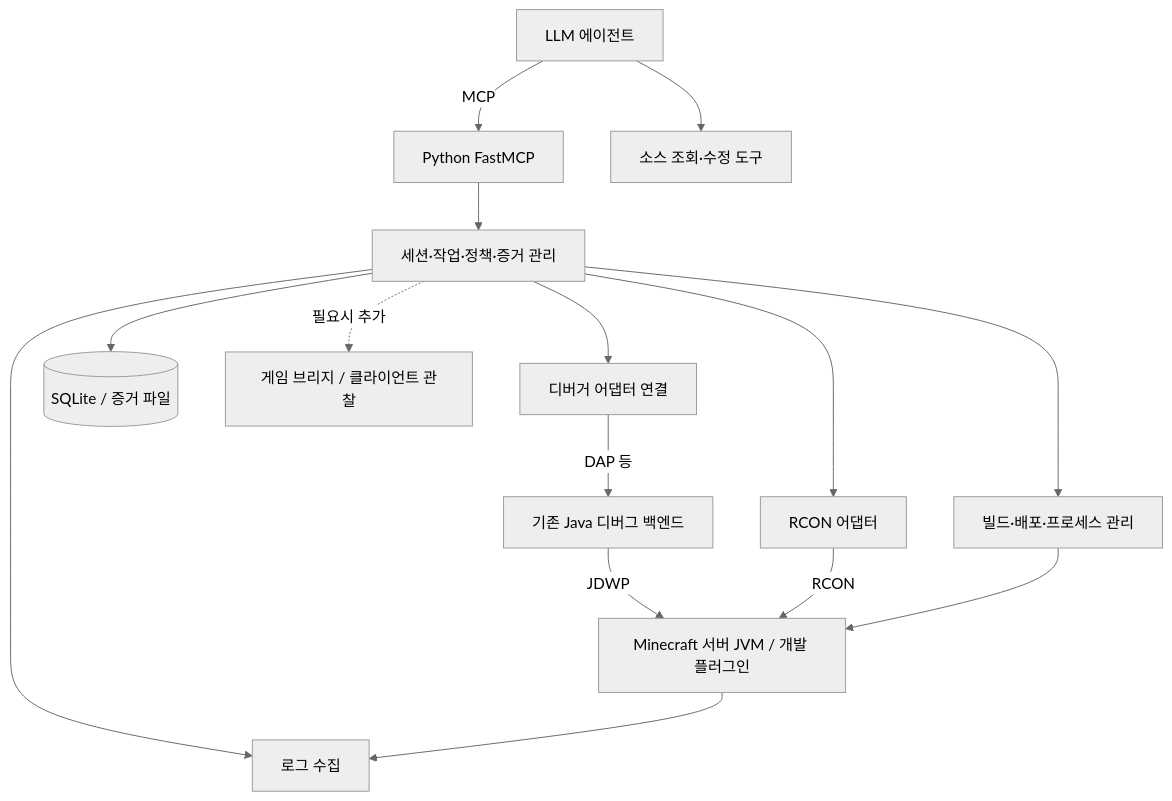
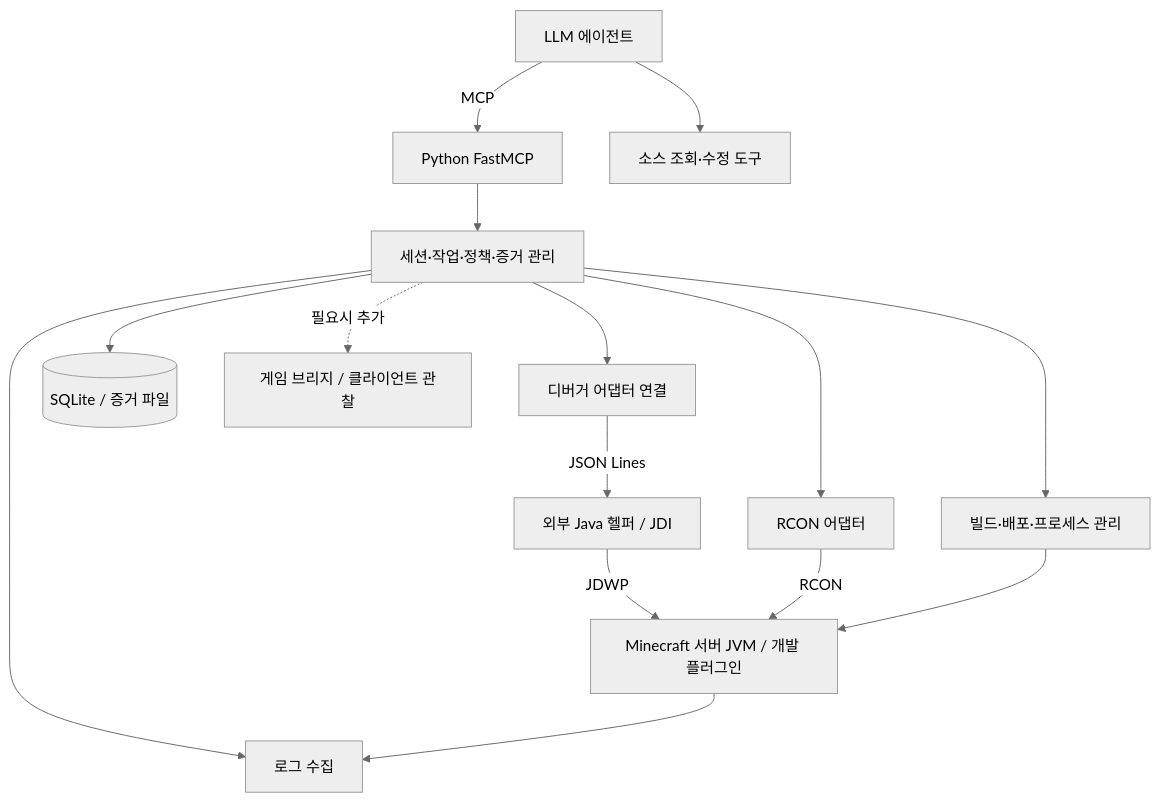
Before and after one commit to turing081226/craftmcp: the diagram in docs/project-plan.md, drawn with Mermaid (neutral theme). The commit also changed other lines of this file and 4 other files, not shown here.

````diff
--- a/docs/project-plan.md
+++ b/docs/project-plan.md
@@ -72,17 +72,17 @@
 ```mermaid
 flowchart TB
     A[LLM 에이전트] -->|MCP| M[Python FastMCP]
     A --> F[소스 조회·수정 도구]
     M --> S[세션·작업·정책·증거 관리]
     S --> R[RCON 어댑터]
     S --> D[디버거 어댑터 연결]
     S --> L[로그 수집]
     S --> B[빌드·배포·프로세스 관리]
-    D -->|DAP 등| J[기존 Java 디버그 백엔드]
+    D -->|JSON Lines| J[외부 Java 헬퍼 / JDI]
     J -->|JDWP| V[Minecraft 서버 JVM / 개발 플러그인]
     R -->|RCON| V
     V --> L
     B --> V
     S --> E[(SQLite / 증거 파일)]
     S -. 필요시 추가 .-> G[게임 브리지 / 클라이언트 관찰]
 ```
````
